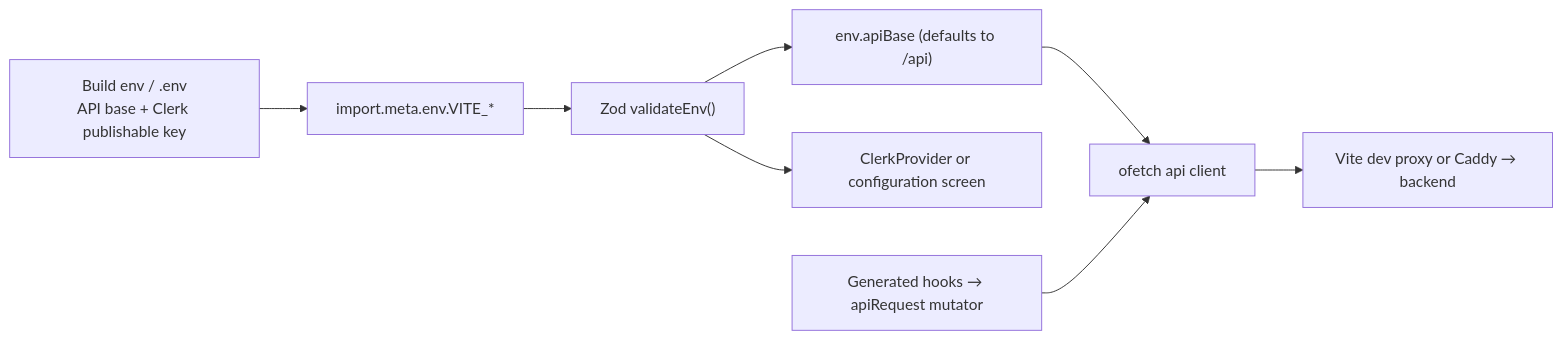
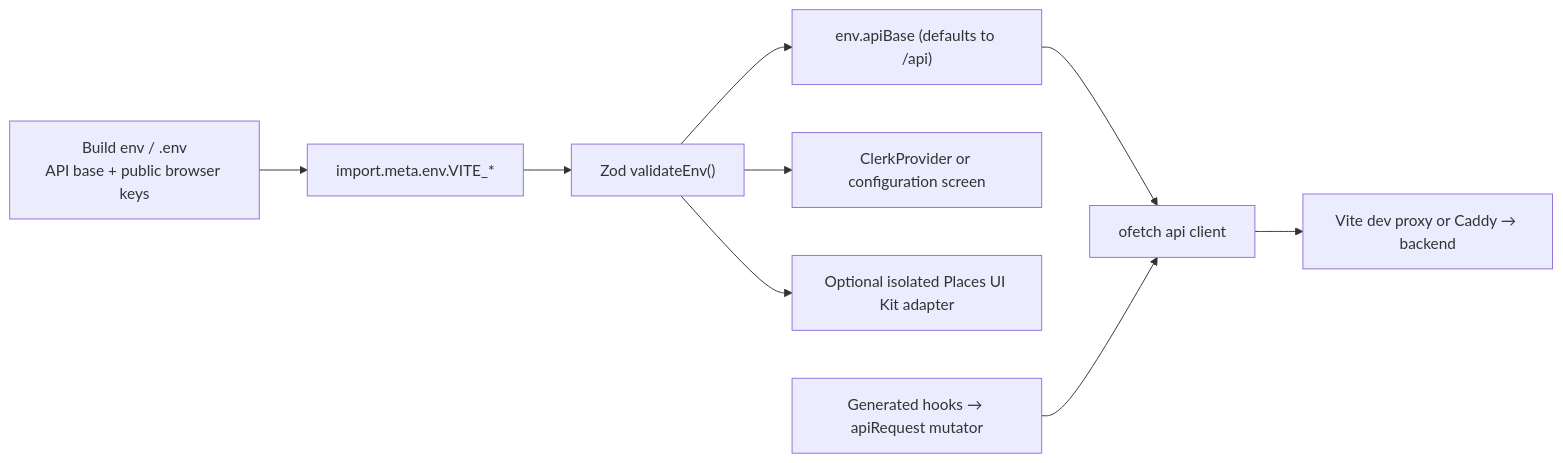
One commit to johnakisk0700/slopform changed the diagram in docs/frontend.md. Above: the diagram before and after it, drawn with Mermaid. The commit also changed other lines of this file and 248 other files, not shown here.

````diff
--- a/docs/frontend.md
+++ b/docs/frontend.md
@@ -176,10 +190,11 @@
 ```mermaid
 flowchart LR
-  build["Build env / .env\nAPI base + Clerk publishable key"] --> expose["import.meta.env.VITE_*"]
+  build["Build env / .env\nAPI base + public browser keys"] --> expose["import.meta.env.VITE_*"]
   expose --> zod["Zod validateEnv()"]
   zod --> base["env.apiBase (defaults to /api)"]
   zod --> clerk["ClerkProvider or configuration screen"]
+  zod --> places["Optional isolated Places UI Kit adapter"]
   base --> client["ofetch api client"]
   hooks["Generated hooks → apiRequest mutator"] --> client
   client --> proxy["Vite dev proxy or Caddy → backend"]
 ```
````
